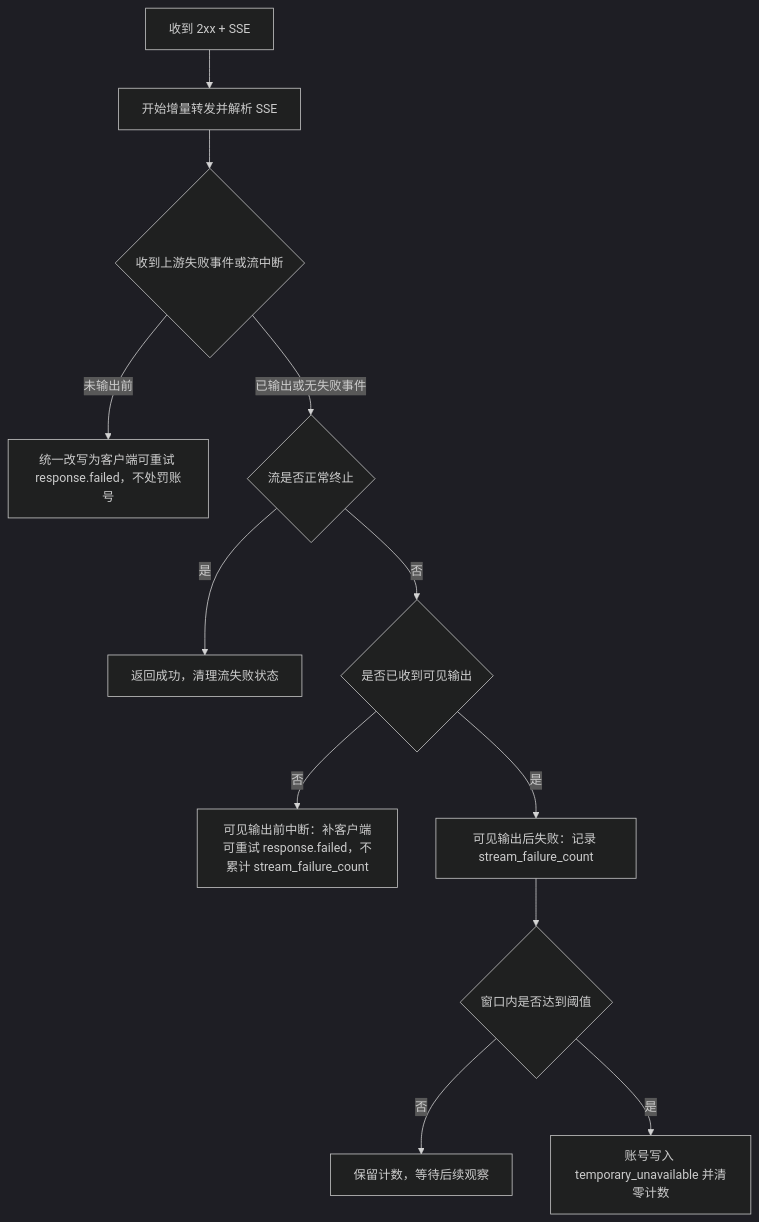
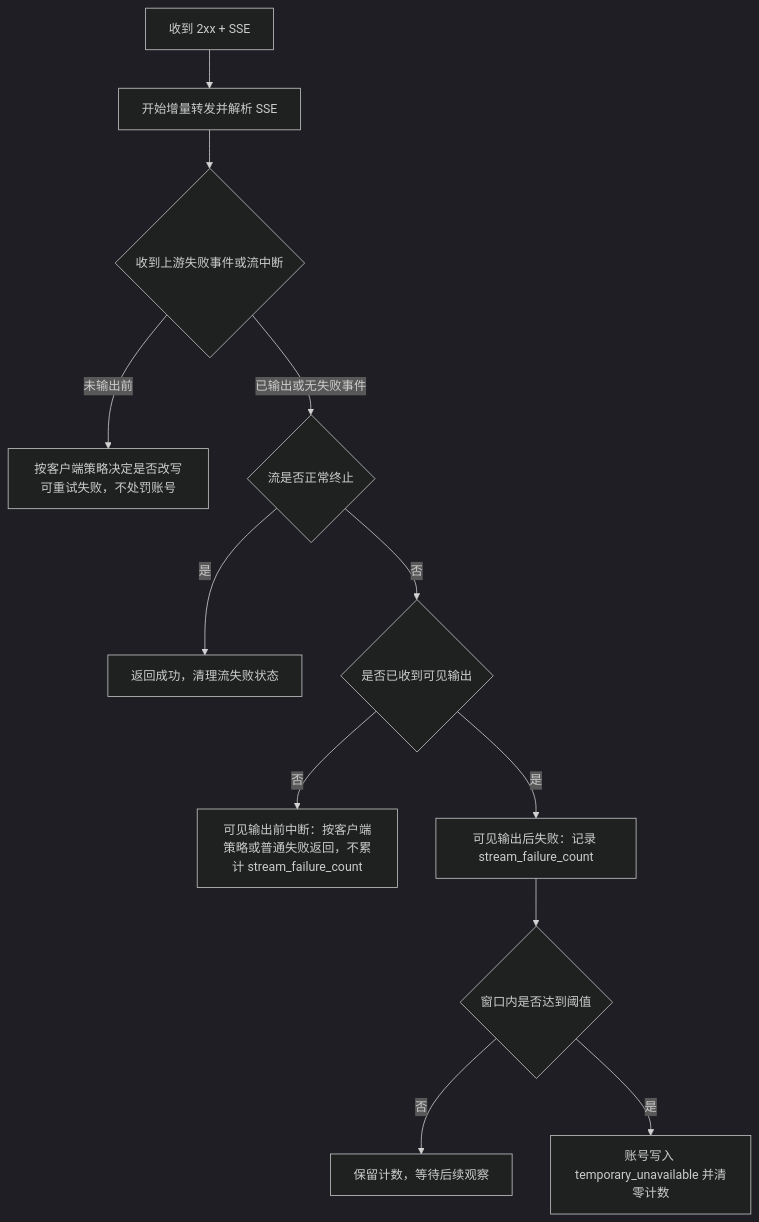
The second of 2 diagrams in docs/functions/网关异常重试与兜底策略.md (huanmin123/juhe-ai), drawn with Mermaid (dark theme) before and after one commit. The commit also changed other lines of this file and 101 other files, not shown here.

````diff
--- a/docs/functions/网关异常重试与兜底策略.md
+++ b/docs/functions/网关异常重试与兜底策略.md
@@ -90,14 +91,14 @@
 ```mermaid
 flowchart TD
   A["收到 2xx + SSE"] --> B["开始增量转发并解析 SSE"]
   B --> C{"收到上游失败事件或流中断"}
-  C -- "未输出前" --> D["统一改写为客户端可重试 response.failed，不处罚账号"]
+  C -- "未输出前" --> D["按客户端策略决定是否改写可重试失败，不处罚账号"]
   C -- "已输出或无失败事件" --> E{"流是否正常终止"}
   E -- "是" --> F["返回成功，清理流失败状态"]
   E -- "否" --> G{"是否已收到可见输出"}
-  G -- "否" --> H["可见输出前中断：补客户端可重试 response.failed，不累计 stream_failure_count"]
+  G -- "否" --> H["可见输出前中断：按客户端策略或普通失败返回，不累计 stream_failure_count"]
   G -- "是" --> I["可见输出后失败：记录 stream_failure_count"]
   I --> J{"窗口内是否达到阈值"}
   J -- "否" --> K["保留计数，等待后续观察"]
   J -- "是" --> L["账号写入 temporary_unavailable 并清零计数"]
 ```
````
